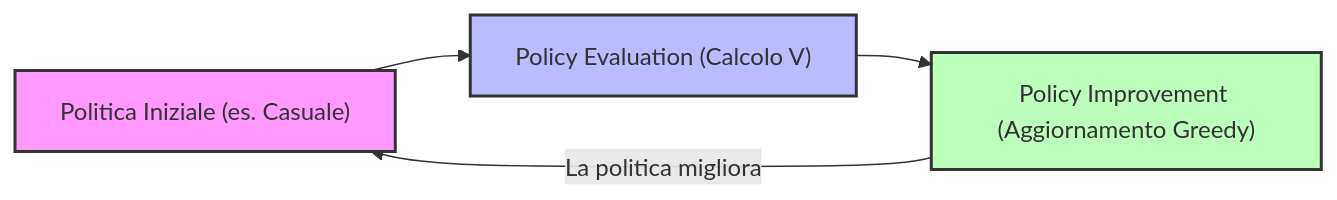
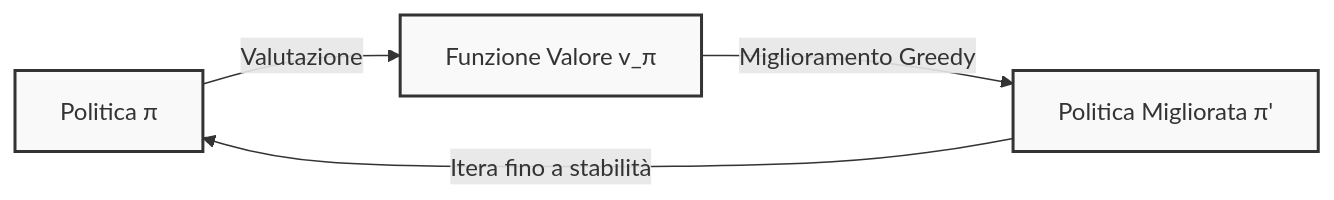
One commit to giovannistefanuto/Lezionify-Appunti changed the sixth of 6 diagrams in Reinforcement Learning/2026-10-12/schema.md. Above: the diagram before and after it, drawn with Mermaid. The commit also changed other lines of this file and 2 other files, not shown here.

````diff
--- a/Reinforcement Learning/2026-10-12/schema.md
+++ b/Reinforcement Learning/2026-10-12/schema.md
@@ -290,10 +406,13 @@
 ```mermaid
 flowchart LR
-    A["Politica Iniziale (es. Casuale)"] --> B["Policy Evaluation (Calcolo V)"]
-    B --> C["Policy Improvement (Aggiornamento Greedy)"]
-    C -->|La politica migliora| A
+    accTitle: Ciclo di Policy Iteration
+    accDescr: Schema iterativo tra valutazione della politica e miglioramento greedy fino alla convergenza ottimale.
+    
+    P0["Politica π"] -->|Valutazione| V["Funzione Valore v_π"]
+    V -->|Miglioramento Greedy| P1["Politica Migliorata π'"]
+    P1 -->|Itera fino a stabilità| P0
 
-    style A fill:#f9f,stroke:#333,stroke-width:2px
-    style B fill:#bbf,stroke:#333,stroke-width:2px
-    style C fill:#bfb,stroke:#333,stroke-width:2px
+    style P0 fill:#f9f9f9,stroke:#333333,stroke-width:2px
+    style V fill:#f9f9f9,stroke:#333333,stroke-width:2px
+    style P1 fill:#f9f9f9,stroke:#333333,stroke-width:2px
 ```
````
